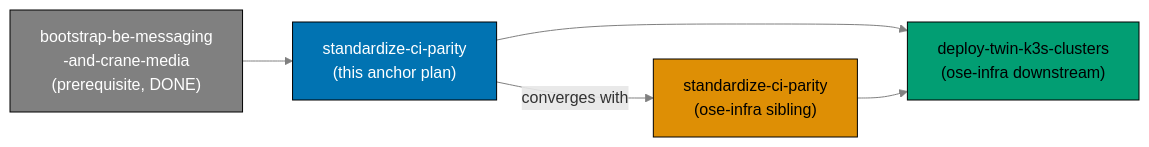
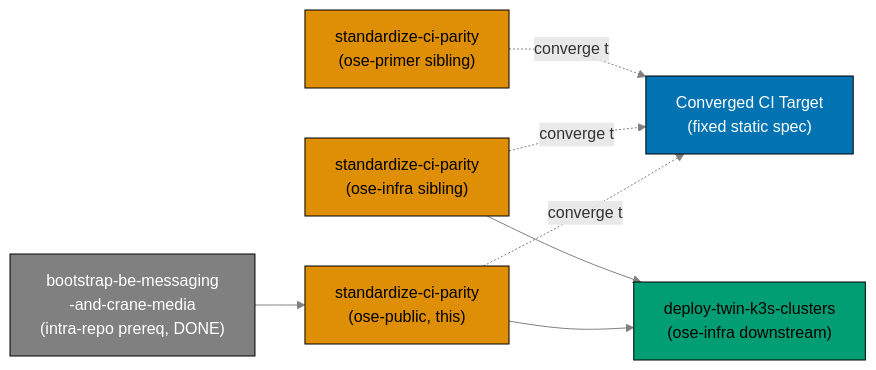
Before and after one commit to wahidyankf/baseerah: the diagram in plans/in-progress/standardize-ci-parity/README.md, drawn with Mermaid. The commit also changed other lines of this file and 4 other files, not shown here.

First line of the commit message:
docs(plans): re-baseline standardize-ci-parity to 3-repo no-anchor set

````diff
--- a/plans/in-progress/standardize-ci-parity/README.md
+++ b/plans/in-progress/standardize-ci-parity/README.md
@@ -64,19 +89,25 @@
 ```mermaid
 %% Color-blind-friendly palette: blue #0173B2, orange #DE8F05, green #029E73, grey #808080
 flowchart LR
-  PRE["bootstrap-be-messaging<br/>-and-crane-media<br/>(prerequisite, DONE)"]
-  THIS["standardize-ci-parity<br/>(this anchor plan)"]
-  SIB["standardize-ci-parity<br/>(ose-infra sibling)"]
+  PRE["bootstrap-be-messaging<br/>-and-crane-media<br/>(intra-repo prereq, DONE)"]
+  TARGET["Converged CI Target<br/>(fixed static spec)"]
+  PUB["standardize-ci-parity<br/>(ose-public, this)"]
+  INFRA["standardize-ci-parity<br/>(ose-infra sibling)"]
+  PRIMER["standardize-ci-parity<br/>(ose-primer sibling)"]
   DOWN["deploy-twin-k3s-clusters<br/>(ose-infra downstream)"]
 
-  PRE --> THIS
-  THIS -->|converges with| SIB
-  THIS --> DOWN
-  SIB --> DOWN
+  PRE --> PUB
+  PUB -.converge to.-> TARGET
+  INFRA -.converge to.-> TARGET
+  PRIMER -.converge to.-> TARGET
+  PUB --> DOWN
+  INFRA --> DOWN
 
   linkStyle default stroke:#808080,stroke-width:1px
   style PRE fill:#808080,stroke:#000000,color:#FFFFFF
-  style THIS fill:#0173B2,stroke:#000000,color:#FFFFFF
-  style SIB fill:#DE8F05,stroke:#000000,color:#000000
+  style TARGET fill:#0173B2,stroke:#000000,color:#FFFFFF
+  style PUB fill:#DE8F05,stroke:#000000,color:#000000
+  style INFRA fill:#DE8F05,stroke:#000000,color:#000000
+  style PRIMER fill:#DE8F05,stroke:#000000,color:#000000
   style DOWN fill:#029E73,stroke:#000000,color:#000000
 ```
````
